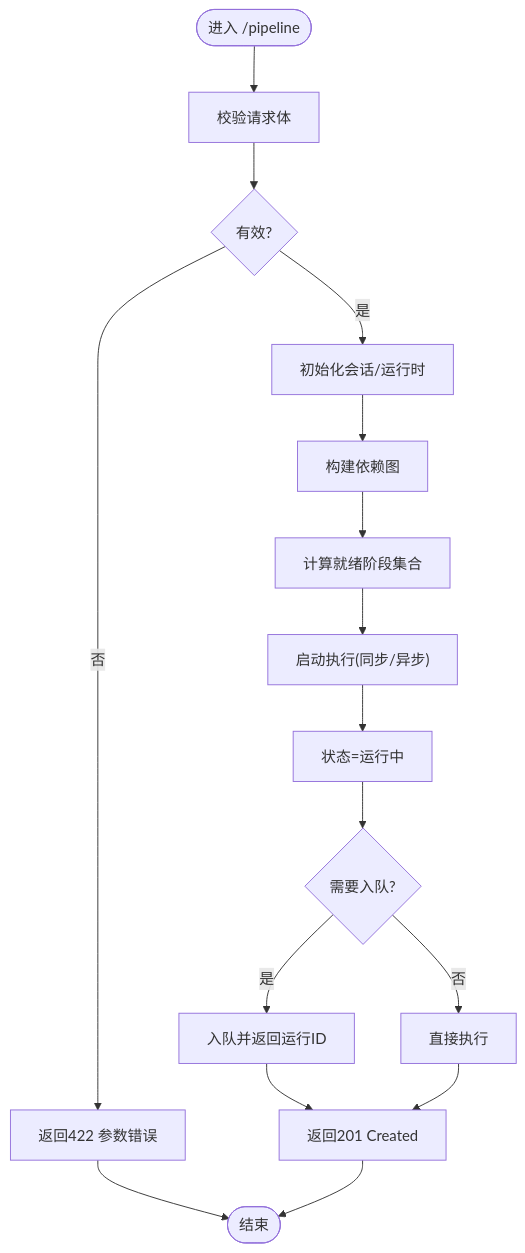
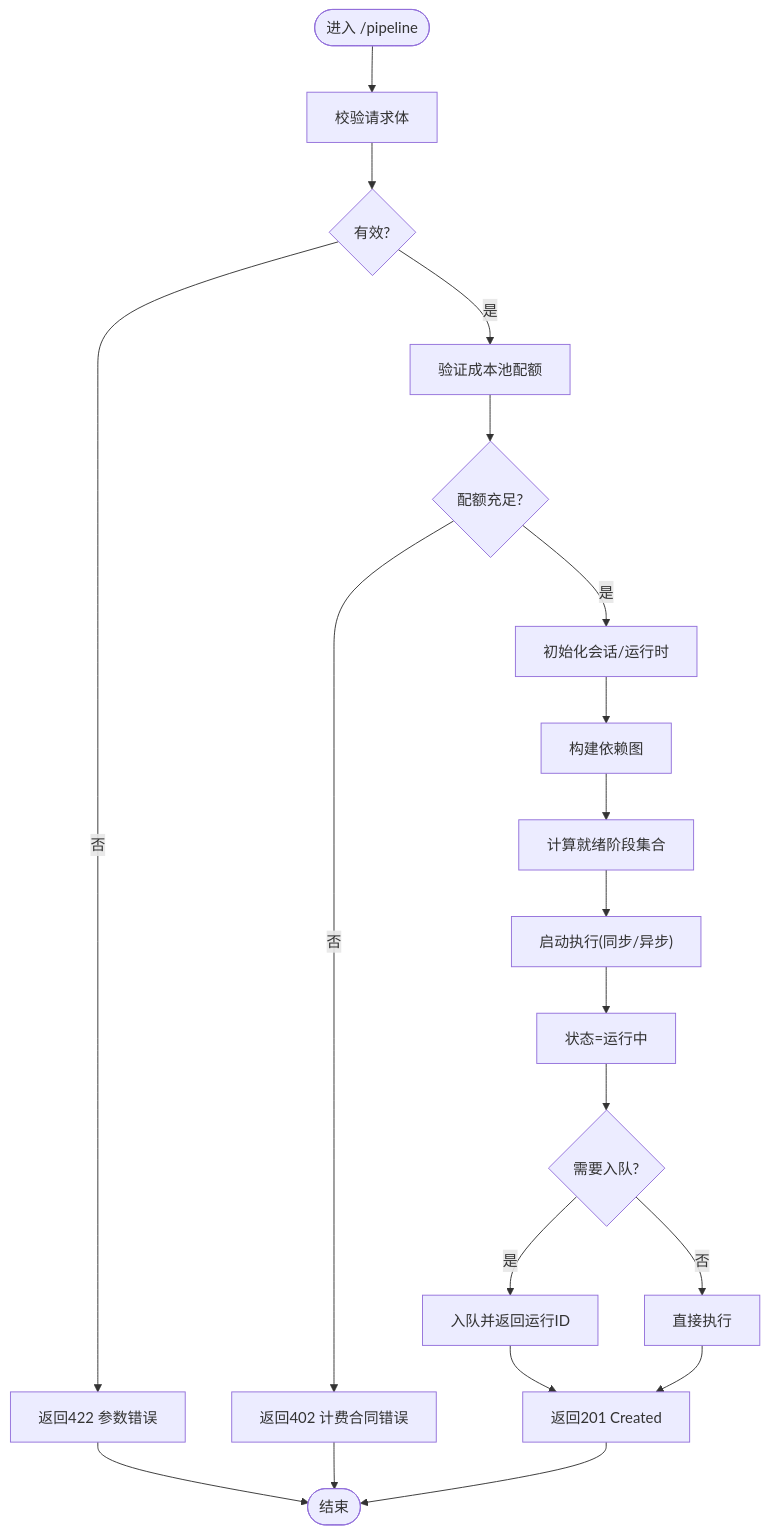
Before and after one commit to scottcwy/PurpleInk: the third of 11 diagrams in .qoder/repowiki/zh/content/API参考/导演系统API/管道编排API.md, drawn with Mermaid. The commit also changed other lines of this file and 48 other files, not shown here.

````diff
--- a/.qoder/repowiki/zh/content/API参考/导演系统API/管道编排API.md
+++ b/.qoder/repowiki/zh/content/API参考/导演系统API/管道编排API.md
@@ -183,18 +205,22 @@
 ```mermaid
 flowchart TD
 Start(["进入 /pipeline"]) --> Validate["校验请求体"]
 Validate --> Valid{"有效?"}
 Valid --> |否| Return422["返回422 参数错误"]
-Valid --> |是| InitSession["初始化会话/运行时"]
+Valid --> |是| CheckQuota["验证成本池配额"]
+CheckQuota --> QuotaOK{"配额充足?"}
+QuotaOK --> |否| Return402["返回402 计费合同错误"]
+QuotaOK --> |是| InitSession["初始化会话/运行时"]
 InitSession --> BuildGraph["构建依赖图"]
 BuildGraph --> ReadySet["计算就绪阶段集合"]
 ReadySet --> StartExec["启动执行(同步/异步)"]
 StartExec --> StateRunning["状态=运行中"]
 StateRunning --> Enqueue{"需要入队?"}
 Enqueue --> |是| Queue["入队并返回运行ID"]
 Enqueue --> |否| RunNow["直接执行"]
 Queue --> Return201["返回201 Created"]
 RunNow --> Return201
 Return422 --> End(["结束"])
+Return402 --> End
 Return201 --> End
 ```
````
